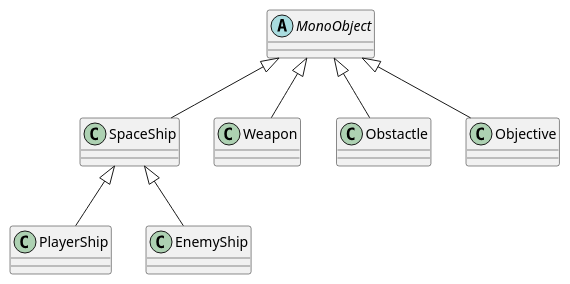
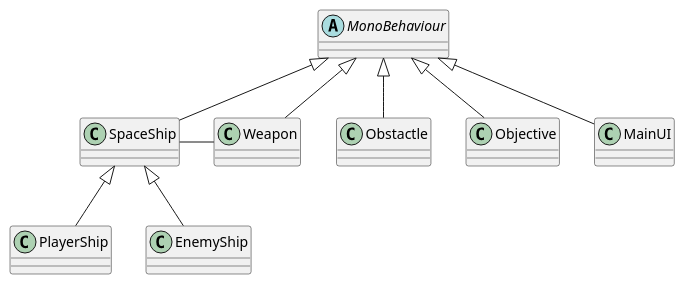
One commit to smowdy/bfh_projekt_1 changed the diagram in doc/diagrams/Model.puml. Above: the diagram before and after it, drawn with PlantUML.

Commit message:
fixed minor errors in model

```diff
--- a/doc/diagrams/Model.puml
+++ b/doc/diagrams/Model.puml
@@ -1,24 +1,28 @@
 @startuml
 
-abstract Class MonoObject
+abstract Class MonoBehaviour
 
 Class SpaceShip
 
 Class PlayerShip
 
 Class EnemyShip
 
 Class Weapon
 
 Class Obstactle
 
 Class Objective
 
+Class MainUI
+
 PlayerShip -up-|> SpaceShip
 EnemyShip -up-|> SpaceShip
-SpaceShip -up-|> MonoObject
-Objective -up-|> MonoObject
-Weapon -up-|> MonoObject
-Obstactle -up-|> MonoObject
+SpaceShip -up-|> MonoBehaviour
+SpaceShip -right- Weapon
+Objective -up-|> MonoBehaviour
+Weapon -up-|> MonoBehaviour
+Obstactle -up-|> MonoBehaviour
+MainUI -up-|> MonoBehaviour
 
 @enduml
```
